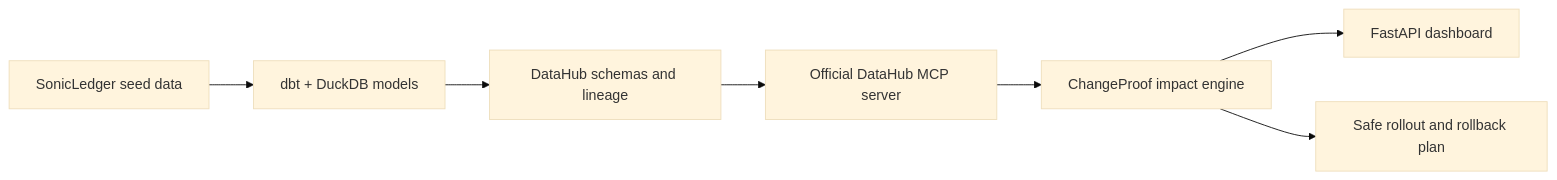
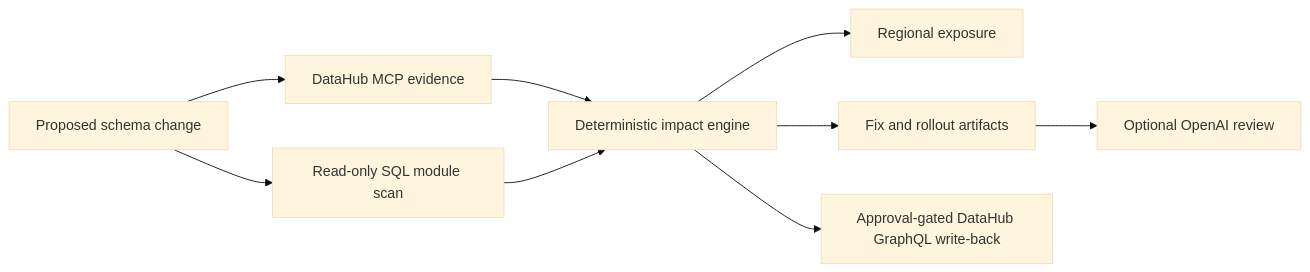
The diagram in README.md (rishvaiyer/ChangeProof), drawn with Mermaid (base theme) before and after one commit. The commit also changed other lines of this file and 9 other files, not shown here.

````diff
--- a/README.md
+++ b/README.md
@@ -43,9 +78,11 @@
 ```mermaid
 flowchart LR
-    A["SonicLedger seed data"] --> B["dbt + DuckDB models"]
-    B --> C["DataHub schemas and lineage"]
-    C --> D["Official DataHub MCP server"]
-    D --> E["ChangeProof impact engine"]
-    E --> F["FastAPI dashboard"]
-    E --> G["Safe rollout and rollback plan"]
+    A["Proposed schema change"] --> B["DataHub MCP evidence"]
+    A --> C["Read-only SQL module scan"]
+    B --> D["Deterministic impact engine"]
+    C --> D
+    D --> E["Regional exposure"]
+    D --> F["Fix and rollout artifacts"]
+    F --> G["Optional OpenAI review"]
+    D --> H["Approval-gated DataHub GraphQL write-back"]
 ```
````
